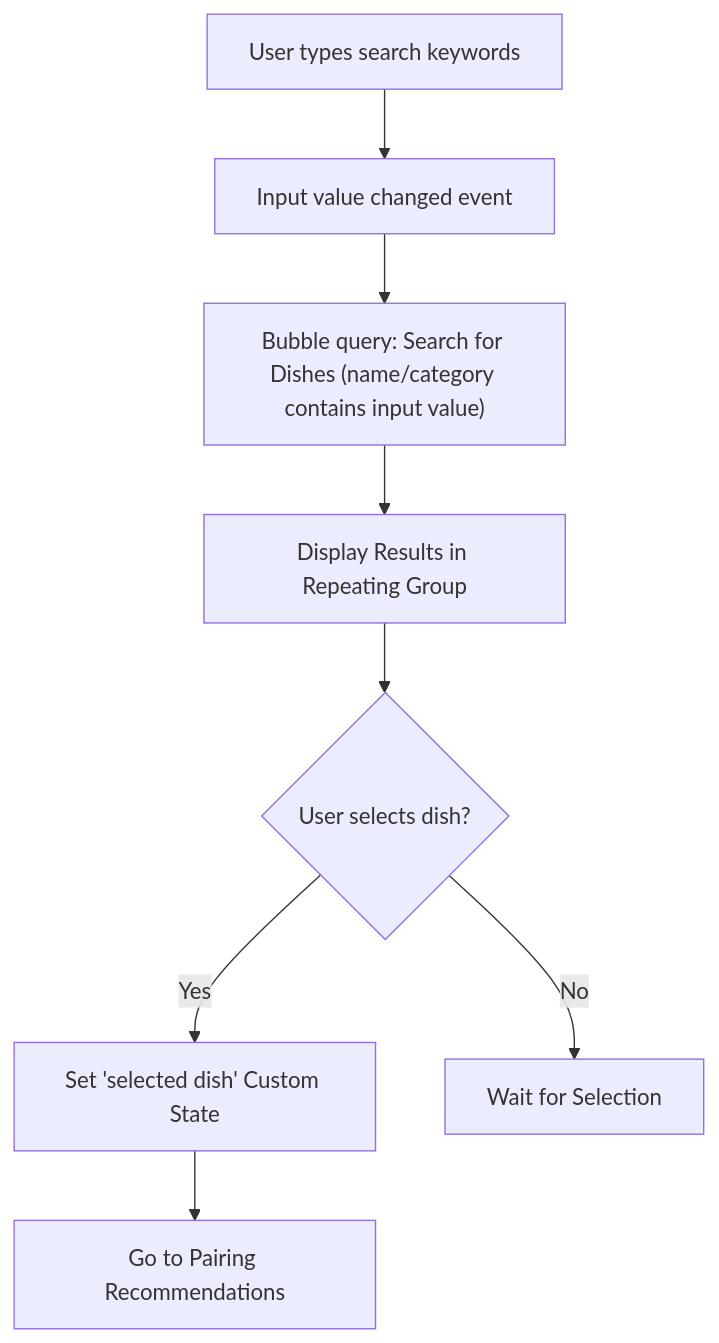
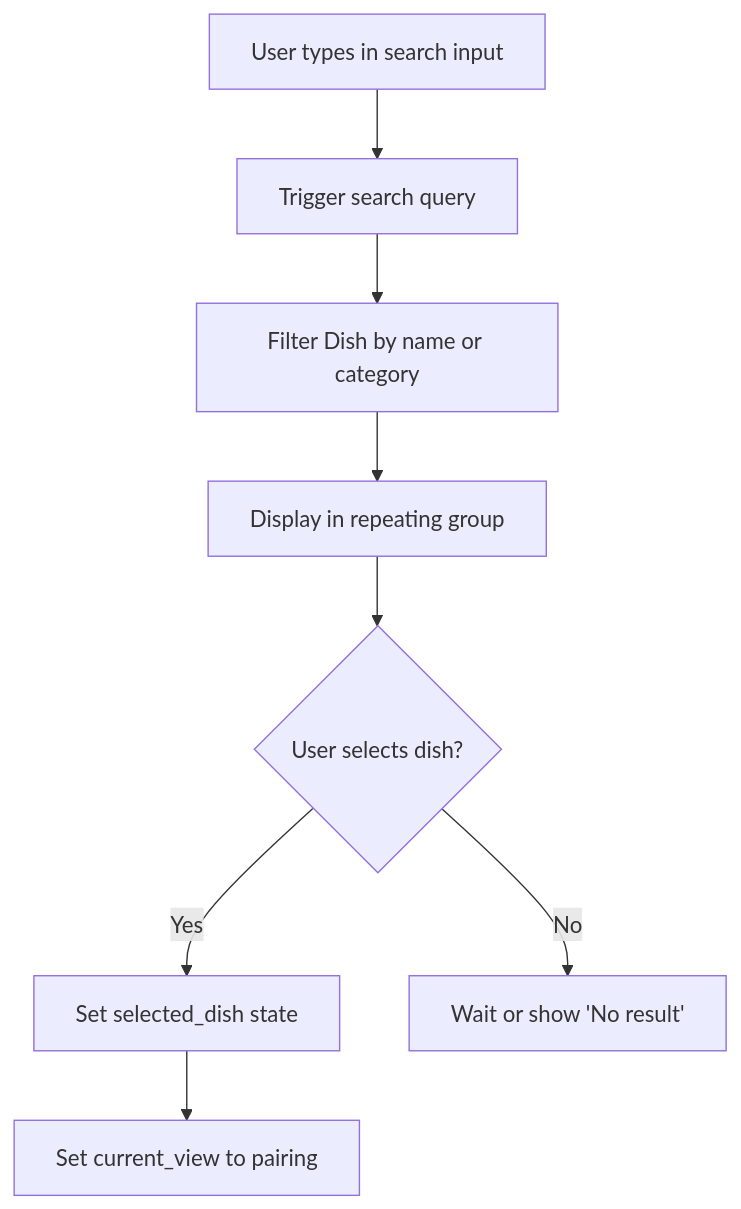
One commit to algosup/2024-2025-project-5-bubble-intermarche-team-5 changed the fourth of 14 diagrams in Documents/TechnicalSpecification/technicalSpecification.md. Above: the diagram before and after it, drawn with Mermaid. The commit also changed other lines of this file and 1 other file, not shown here.

````diff
--- a/Documents/TechnicalSpecification/technicalSpecification.md
+++ b/Documents/TechnicalSpecification/technicalSpecification.md
@@ -323,10 +600,10 @@
 ```mermaid
 flowchart TD
-    user_input[User types search keywords] --> trigger_search[Input value changed event]
-    trigger_search --> bubble_query["Bubble query: Search for Dishes (name/category contains input value)"]
-    bubble_query --> show_results[Display Results in Repeating Group]
-    show_results --> select_dish{User selects dish?}
-    select_dish -->|Yes| set_dish_state[Set 'selected dish' Custom State]
-    select_dish -->|No| idle[Wait for Selection]
-    set_dish_state --> navigate_pairings[Go to Pairing Recommendations]
+    A[User types in search input] --> B[Trigger search query]
+    B --> C[Filter Dish by name or category]
+    C --> D[Display in repeating group]
+    D --> E{User selects dish?}
+    E -- Yes --> F[Set selected_dish state]
+    F --> G[Set current_view to pairing]
+    E -- No --> H[Wait or show 'No result']
 ```
````
